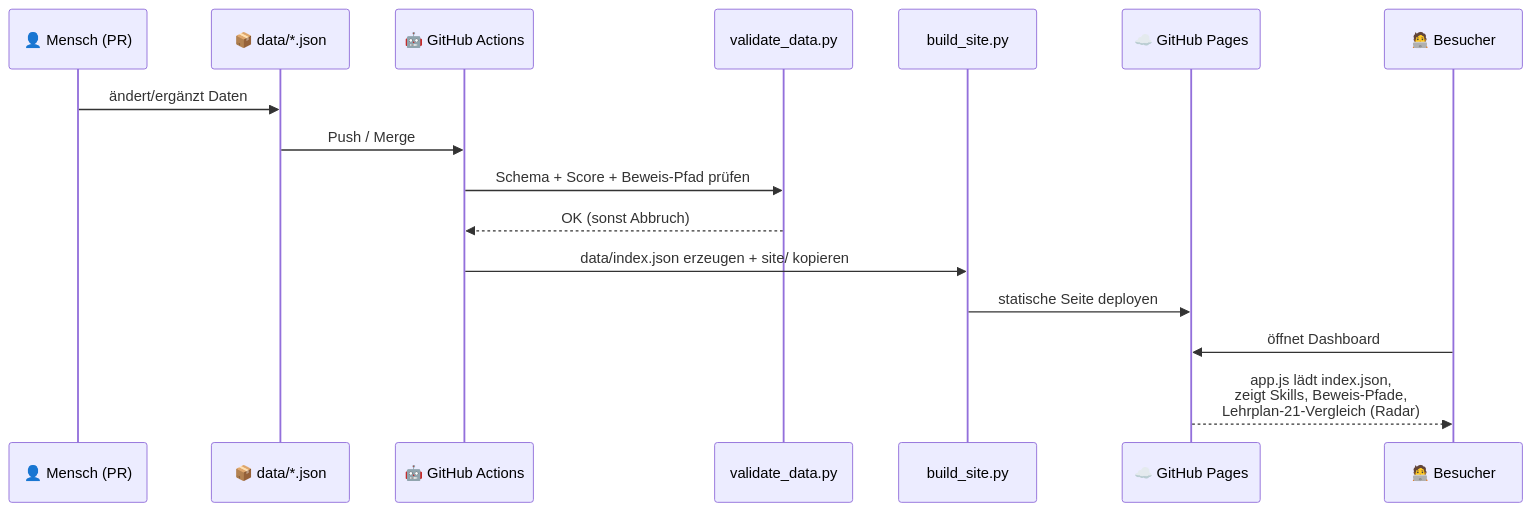
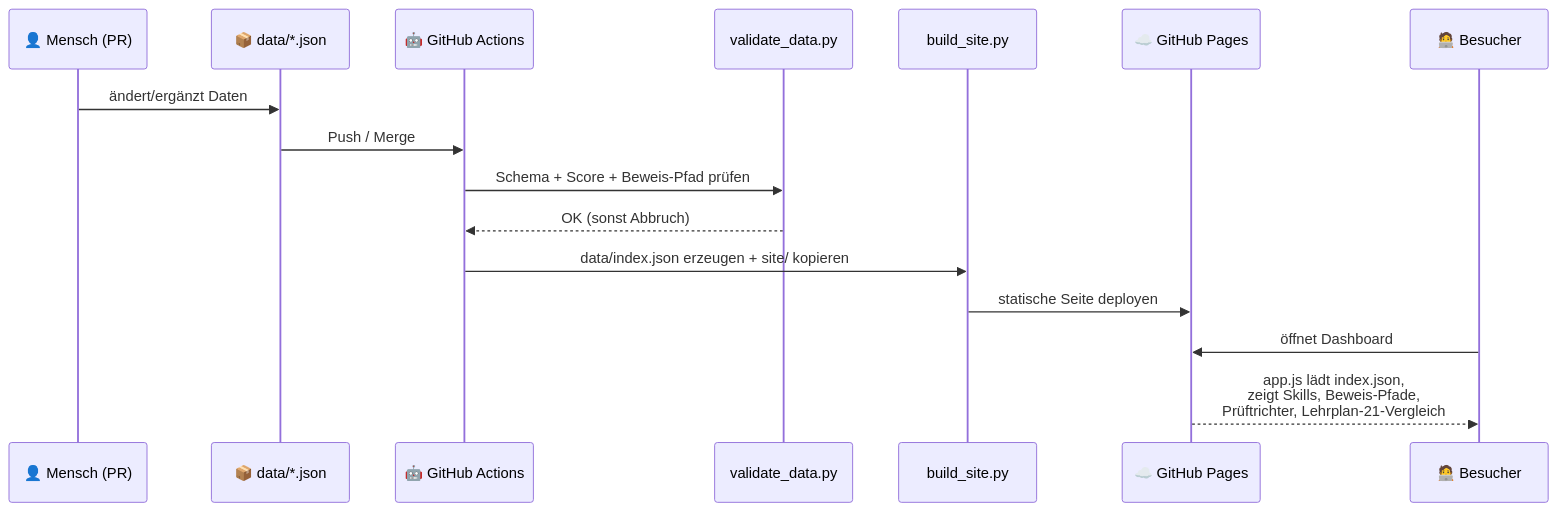
Before and after one commit to malkreide/future-skills-evidence-graph: the sixth of 7 diagrams in docs/architektur.md, drawn with Mermaid. The commit also changed other lines of this file and 12 other files, not shown here.

````diff
--- a/docs/architektur.md
+++ b/docs/architektur.md
@@ -269,19 +269,19 @@
 ```mermaid
 sequenceDiagram
     participant Dev as 👤 Mensch (PR)
     participant Repo as 📦 data/*.json
     participant CI as 🤖 GitHub Actions
     participant Val as validate_data.py
     participant Build as build_site.py
     participant Pages as ☁️ GitHub Pages
     participant User as 🧑‍💻 Besucher
 
     Dev->>Repo: ändert/ergänzt Daten
     Repo->>CI: Push / Merge
     CI->>Val: Schema + Score + Beweis-Pfad prüfen
     Val-->>CI: OK (sonst Abbruch)
     CI->>Build: data/index.json erzeugen + site/ kopieren
     Build->>Pages: statische Seite deployen
     User->>Pages: öffnet Dashboard
-    Pages-->>User: app.js lädt index.json,<br/>zeigt Skills, Beweis-Pfade,<br/>Lehrplan-21-Vergleich (Radar)
+    Pages-->>User: app.js lädt index.json,<br/>zeigt Skills, Beweis-Pfade,<br/>Prüftrichter, Lehrplan-21-Vergleich
 ```
````
